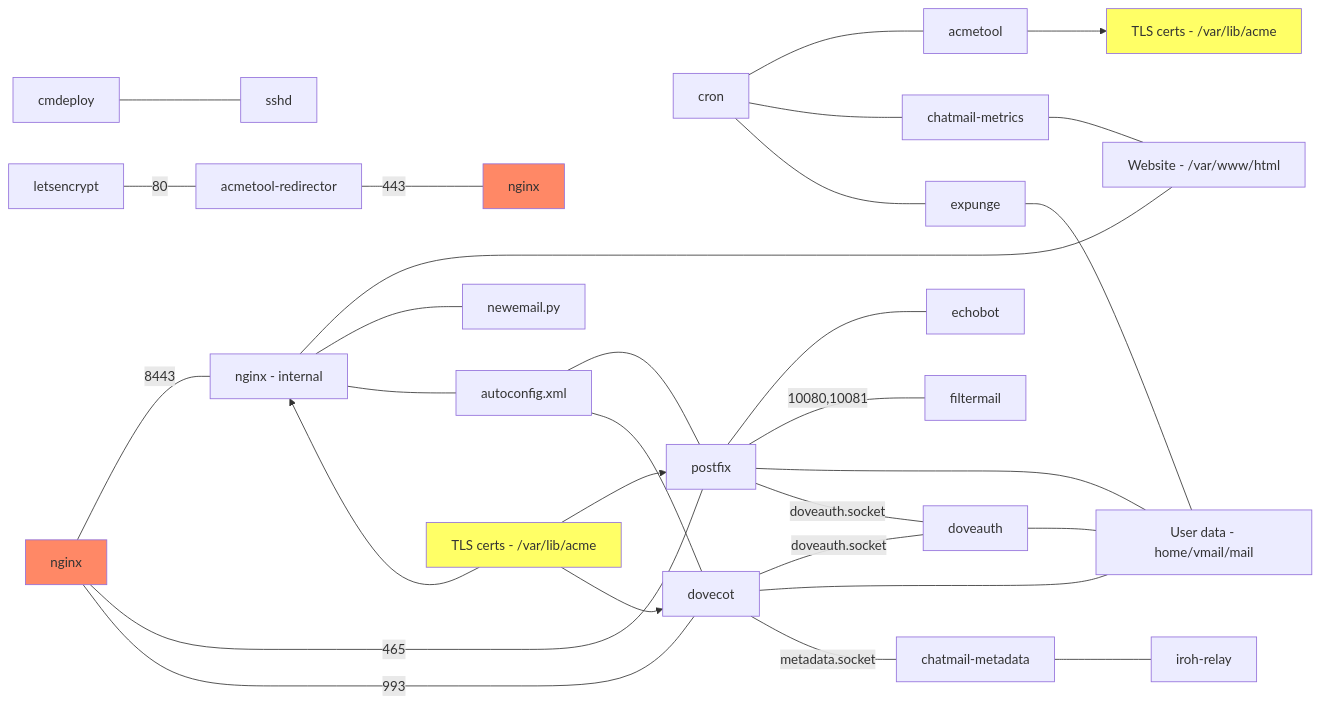
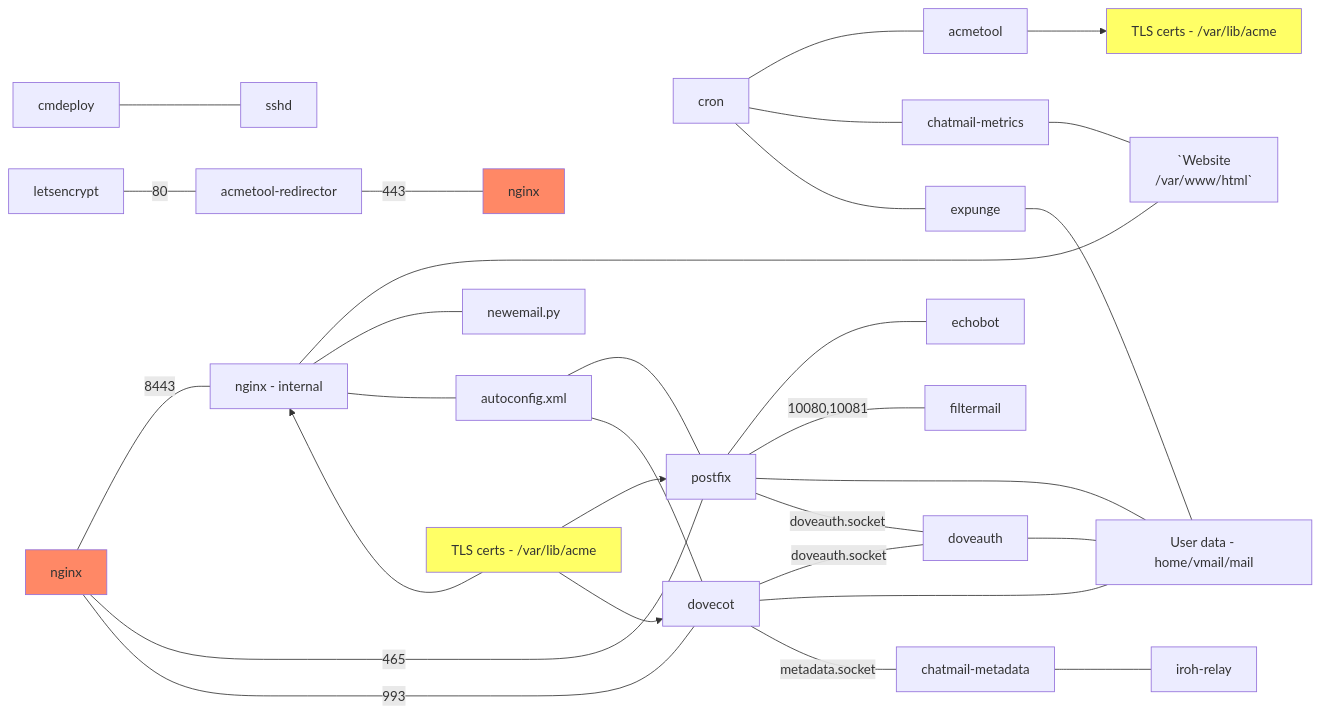
One commit to cliffmccarthy/chatmail-relay changed the diagram in ARCHITECTURE.md. Above: the diagram before and after it, drawn with Mermaid.

Commit message:
line break in website

````diff
--- a/ARCHITECTURE.md
+++ b/ARCHITECTURE.md
@@ -4,36 +4,37 @@
 ```mermaid
 graph LR;
     cmdeploy --- sshd;
     letsencrypt --- |80|acmetool-redirector;
     acmetool-redirector --- |443|nginx-right[nginx];
     nginx --- |8443|nginx-internal[nginx - internal];
-    nginx-internal --- website[Website - /var/www/html];
+    nginx-internal --- website[`Website
+                                /var/www/html`];
     nginx-internal --- newemail.py;
     nginx-internal --- autoconfig.xml;
     nginx-internal ~~~ certs-nginx[TLS certs - /var/lib/acme] --> nginx-internal;
     cron --- acmetool;
     cron --- chatmail-metrics;
     cron --- expunge;
     chatmail-metrics --- website;
     acmetool --> certs[TLS certs - /var/lib/acme];
     nginx --- |465|postfix;
     nginx --- |993|dovecot;
     autoconfig.xml --- postfix;
     autoconfig.xml --- dovecot;
     postfix --- echobot;
     postfix --- |10080,10081|filtermail;
     postfix --- users[User data - home/vmail/mail];
     postfix --- |doveauth.socket|doveauth;
     dovecot --- |doveauth.socket|doveauth;
     dovecot --- users;
     dovecot --- |metadata.socket|chatmail-metadata;
     doveauth --- users;
     expunge --- users;
     chatmail-metadata --- iroh-relay;
     certs-nginx --> postfix;
     certs-nginx --> dovecot;
     style certs fill:#ff6;
     style certs-nginx fill:#ff6;
     style nginx fill:#f86;
     style nginx-right fill:#f86;
 ```
````
